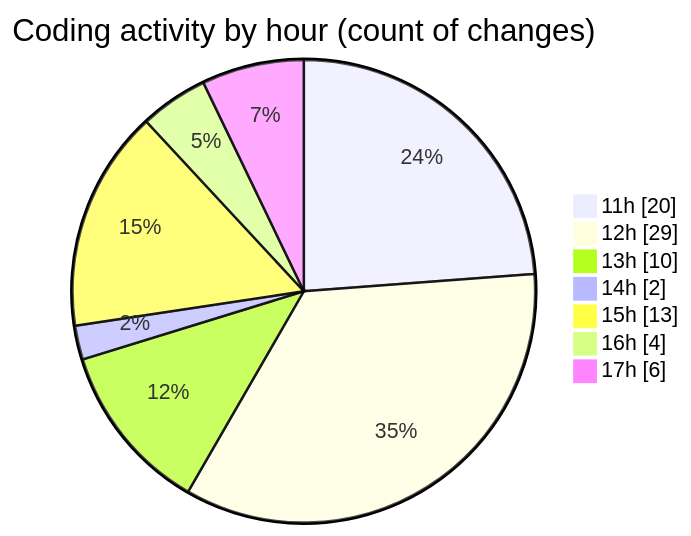
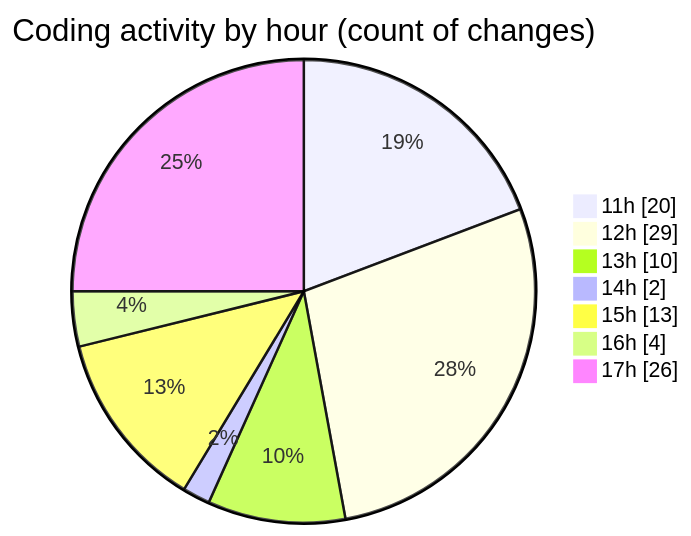
The second of 2 diagrams in 2025-12-11/nxtqube_webapp/README.md (nxtqubesakshisongat/code-tracking), drawn with Mermaid before and after one commit. The commit also changed other lines of this file and 1 other file, not shown here.

````diff
--- a/2025-12-11/nxtqube_webapp/README.md
+++ b/2025-12-11/nxtqube_webapp/README.md
@@ -42,11 +42,11 @@
 ```mermaid
 pie showData
 title Coding activity by hour (count of changes)
 "11h" : 20
 "12h" : 29
 "13h" : 10
 "14h" : 2
 "15h" : 13
 "16h" : 4
-"17h" : 6
+"17h" : 26
 ```
````
